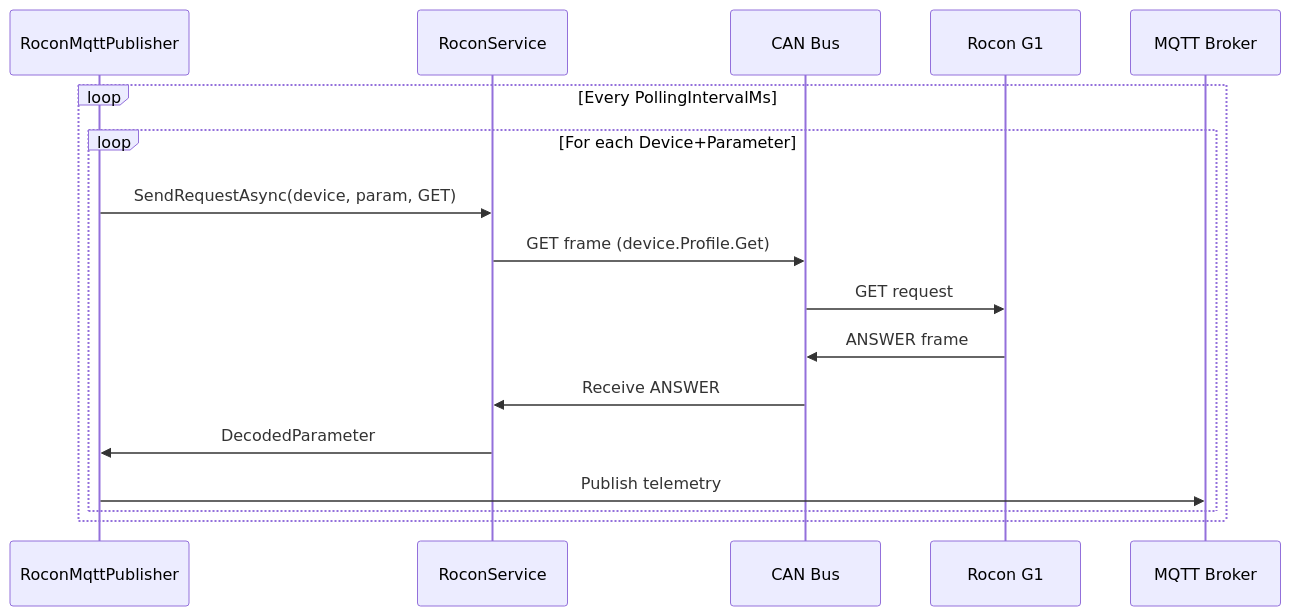
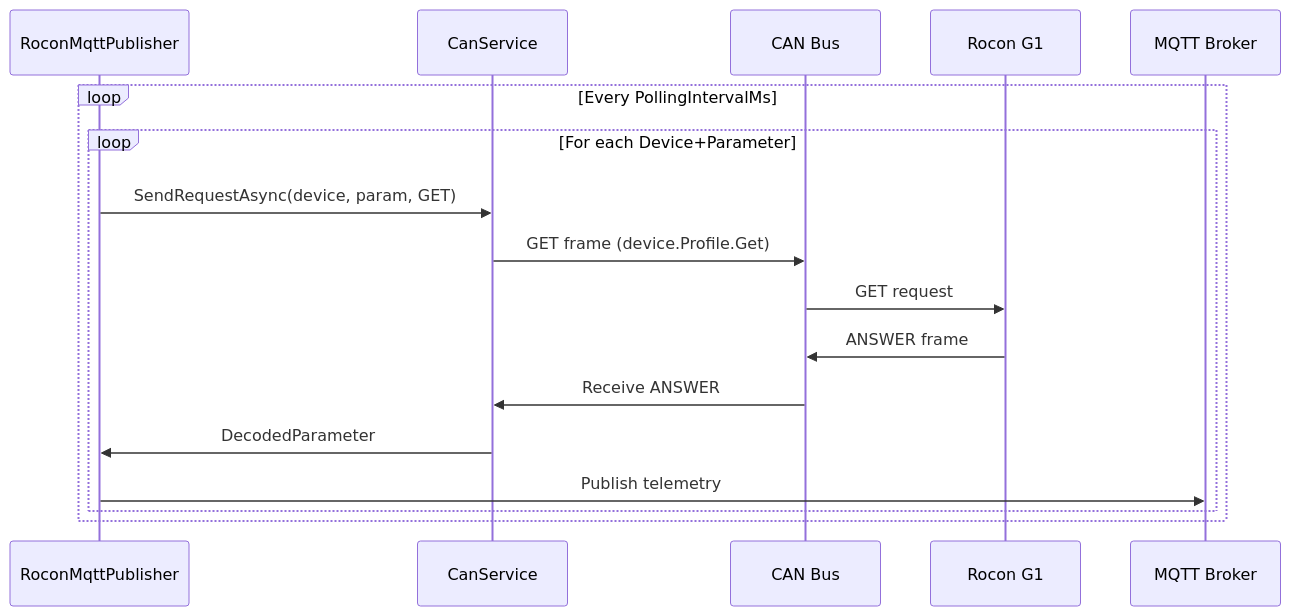
Before and after one commit to DoctaShizzle/rotex-rocon2mqtt: the sixth of 6 diagrams in docu/CAN.md, drawn with Mermaid. The commit also changed other lines of this file and 10 other files, not shown here.

````diff
--- a/docu/CAN.md
+++ b/docu/CAN.md
@@ -512,20 +512,20 @@
 ```mermaid
 sequenceDiagram
     participant Publisher as RoconMqttPublisher
-    participant Service as RoconService
+    participant Service as CanService
     participant CAN as CAN Bus
     participant Controller as Rocon G1
     participant MQTT as MQTT Broker
 
     loop Every PollingIntervalMs
         loop For each Device+Parameter
             Publisher->>Service: SendRequestAsync(device, param, GET)
             Service->>CAN: GET frame (device.Profile.Get)
             CAN->>Controller: GET request
             Controller->>CAN: ANSWER frame
             CAN->>Service: Receive ANSWER
             Service->>Publisher: DecodedParameter
             Publisher->>MQTT: Publish telemetry
         end
     end
 ```
````
